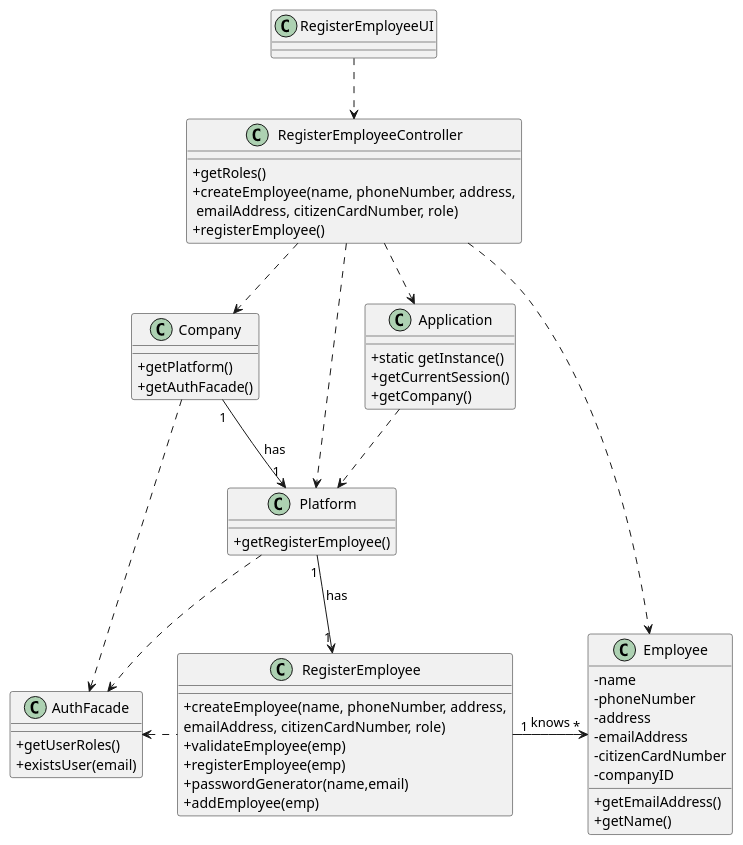
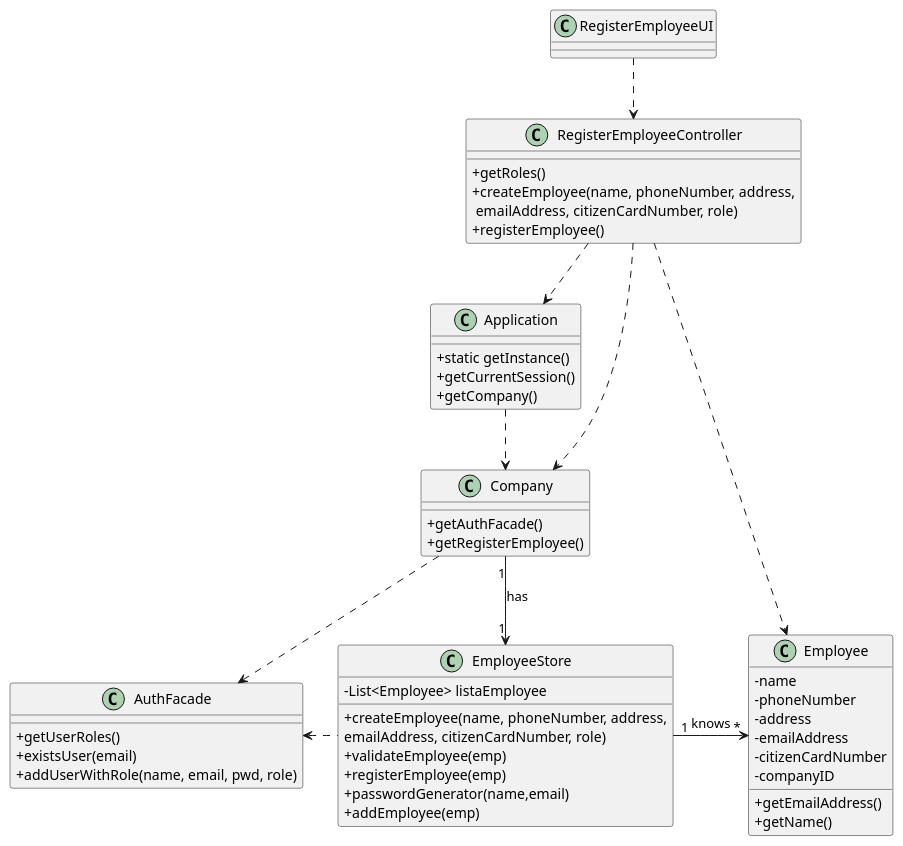
One commit to diogonapoles/isep-lapr2 changed the diagram in docs/SprintB/UserStories/US10/US010_CD.puml. Above: the diagram before and after it, drawn with PlantUML. The commit also changed 7 other files, not shown here.

```diff
--- a/docs/SprintB/UserStories/US10/US010_CD.puml
+++ b/docs/SprintB/UserStories/US10/US010_CD.puml
@@ -1,72 +1,70 @@
 @startuml
 skinparam classAttributeIconSize 0
 
 class Application {
   +static getInstance()
   +getCurrentSession()
   +getCompany()
 
 }
 
-class RegisterEmployee {
+class EmployeeStore {
+-List<Employee> listaEmployee
 +createEmployee(name, phoneNumber, address,\nemailAddress, citizenCardNumber, role)
 +validateEmployee(emp)
 +registerEmployee(emp)
 +passwordGenerator(name,email)
 +addEmployee(emp)
 }
 
 class Employee {
 -name
 -phoneNumber
 -address
 -emailAddress
 -citizenCardNumber
 -companyID
 +getEmailAddress()
 +getName()
 }
 
 class Company {
 
-  +getPlatform()
   +getAuthFacade()
+  +getRegisterEmployee()
 
 }
 
-class Platform {
 
-  +getRegisterEmployee()
-}
 
 class RegisterEmployeeController {
 +getRoles()
 +createEmployee(name, phoneNumber, address,\n emailAddress, citizenCardNumber, role)
 +registerEmployee()
 
 }
 
 class RegisterEmployeeUI {
 
 }
 
 class AuthFacade{
 +getUserRoles()
 +existsUser(email)
++addUserWithRole(name, email, pwd, role)
 }
 
 RegisterEmployeeUI ..> RegisterEmployeeController
-RegisterEmployeeController ..> Platform
 RegisterEmployeeController ..> Employee
 RegisterEmployeeController ..> Company
 RegisterEmployeeController ..> Application
-RegisterEmployee "1" -> "*" Employee : knows
-Platform "1" --> "1" RegisterEmployee : has
-Company "1" --> "1" Platform : has
-Application ..> Platform
+Application ..> Company
+EmployeeStore "1" -> "*" Employee : knows
+Company "1" --> "1" EmployeeStore : has
+
 Company ..> AuthFacade
-Platform ..> AuthFacade
-RegisterEmployee .left.> AuthFacade
+
+EmployeeStore .left.> AuthFacade
 
 
 @enduml
```
